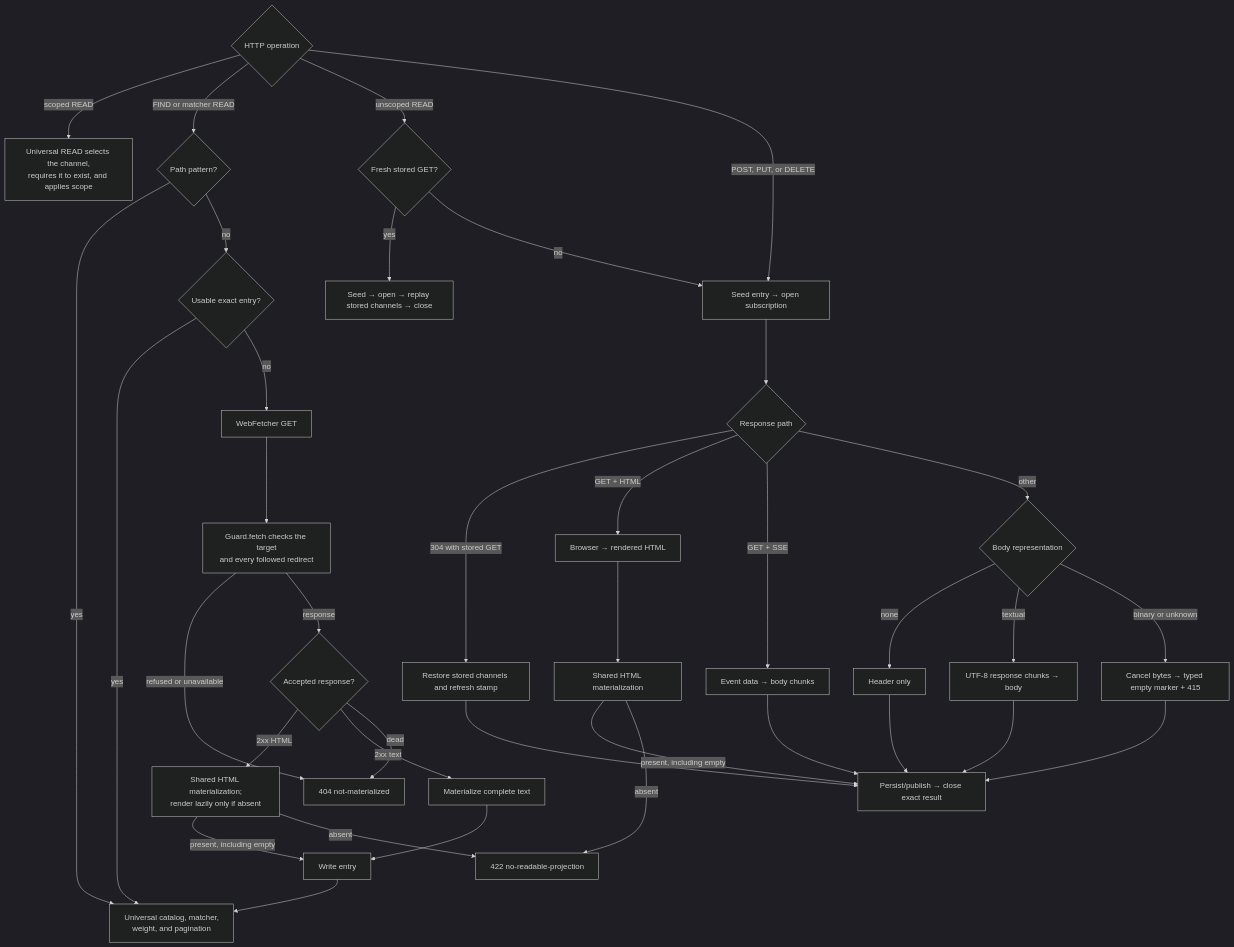
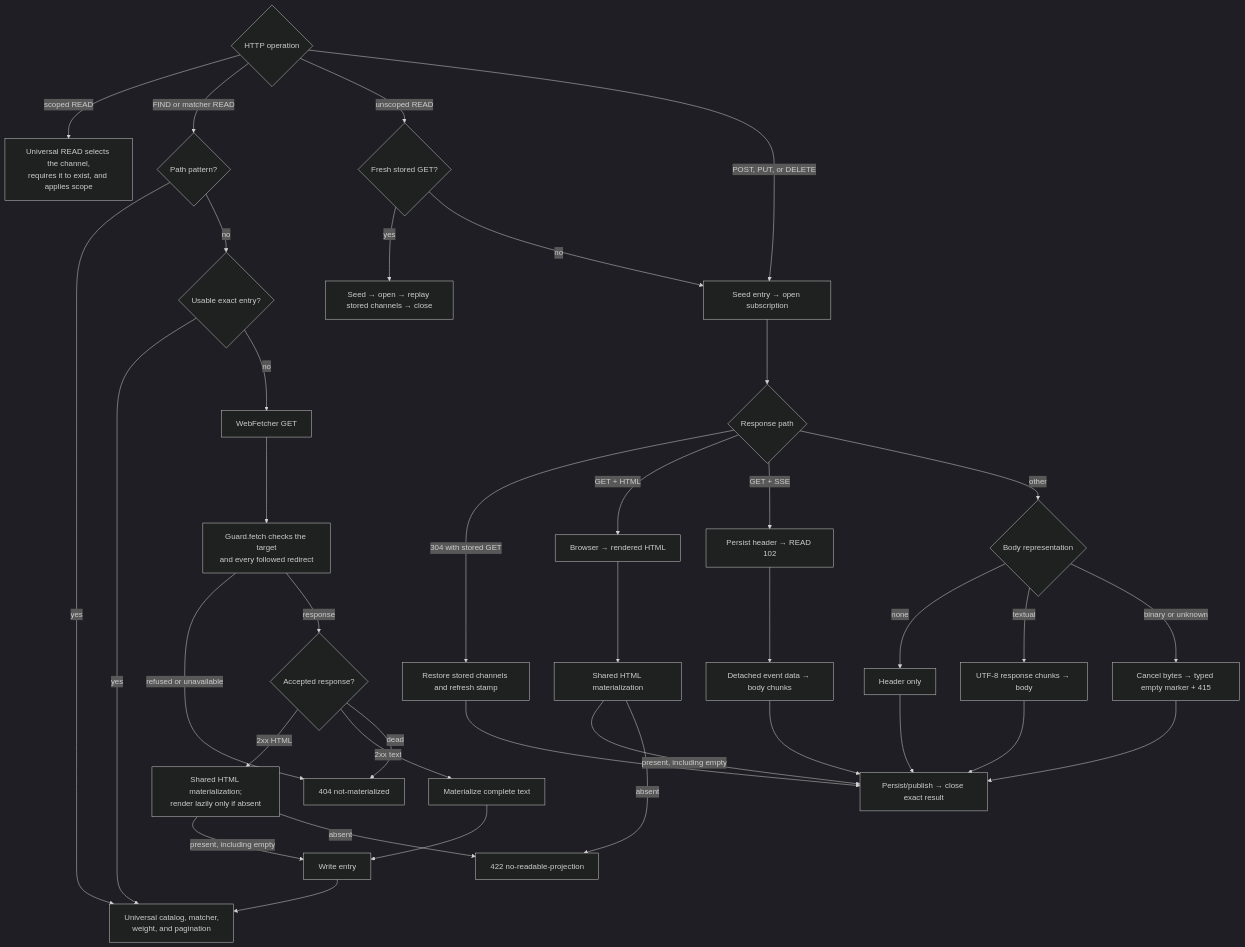
The first of 2 diagrams in plurnk-schemes-http/SPEC.md (plurnk/plurnk-service), drawn with Mermaid (dark theme) before and after one commit. The commit also changed other lines of this file and 4 other files, not shown here.

````diff
--- a/plurnk-schemes-http/SPEC.md
+++ b/plurnk-schemes-http/SPEC.md
@@ -62,45 +62,46 @@
 ```mermaid
 flowchart TD
     op{"HTTP operation"}
 
     op -->|scoped READ| selected["Universal READ selects the channel,<br/>requires it to exist, and applies scope"]
 
     op -->|FIND or matcher READ| pattern{"Path pattern?"}
     pattern -->|yes| query["Universal catalog, matcher,<br/>weight, and pagination"]
     pattern -->|no| usable{"Usable exact entry?"}
     usable -->|yes| query
     usable -->|no| prefetch["WebFetcher GET"]
 
     op -->|unscoped READ| fresh{"Fresh stored GET?"}
     fresh -->|yes| replay["Seed → open → replay stored channels → close"]
     fresh -->|no| stream["Seed entry → open subscription"]
     op -->|POST, PUT, or DELETE| stream
 
     prefetch --> guard["Guard.fetch checks the target<br/>and every followed redirect"]
     guard -->|refused or unavailable| dead
     guard -->|response| prefetchType{"Accepted response?"}
     prefetchType -->|2xx HTML| prefetchHtml["Shared HTML materialization;<br/>render lazily only if absent"]
     prefetchType -->|2xx text| prefetchText["Materialize complete text"]
     prefetchType -->|dead| dead["404 not-materialized"]
     prefetchHtml -->|present, including empty| materialize["Write entry"]
     prefetchHtml -->|absent| noProjection["422 no-readable-projection"]
     prefetchText --> materialize
     materialize --> query
 
     stream --> response{"Response path"}
     response -->|304 with stored GET| restore["Restore stored channels and refresh stamp"]
     response -->|GET + HTML| render["Browser → rendered HTML"]
-    response -->|GET + SSE| events["Event data → body chunks"]
+    response -->|GET + SSE| acquired["Persist header → READ 102"]
+    acquired --> events["Detached event data → body chunks"]
     response -->|other| representation{"Body representation"}
     representation -->|none| empty["Header only"]
     representation -->|textual| text["UTF-8 response chunks → body"]
     representation -->|binary or unknown| binary["Cancel bytes → typed empty marker + 415"]
     restore --> close["Persist/publish → close exact result"]
     render --> directHtml["Shared HTML materialization"]
     directHtml -->|present, including empty| close
     directHtml -->|absent| noProjection
     events --> close
     empty --> close
     text --> close
     binary --> close
 ```
````
